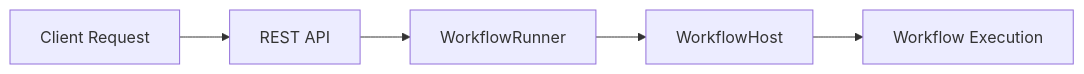
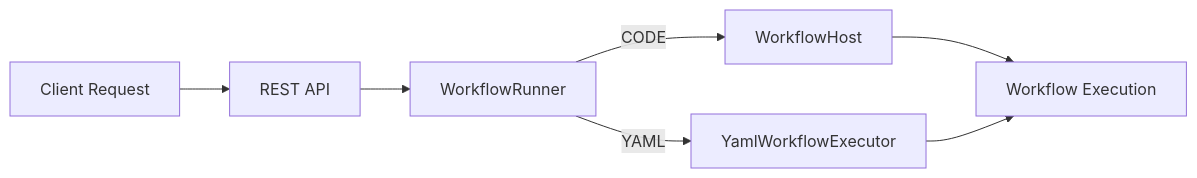
Before and after one commit to reactorynet/reactory-express-server: the fourth of 11 diagrams in src/modules/reactory-core/workflow/README.md, drawn with Mermaid. The commit also changed other lines of this file and 1 other file, not shown here.

Commit message:
refactor(workflow): update directory structure and enhance documentation for workflow components

````diff
--- a/src/modules/reactory-core/workflow/README.md
+++ b/src/modules/reactory-core/workflow/README.md
@@ -123,7 +453,9 @@
 ```mermaid
 graph LR
     Client[Client Request] --> API[REST API]
     API --> WR[WorkflowRunner]
-    WR --> WH[WorkflowHost]
+    WR -->|CODE| WH[WorkflowHost]
+    WR -->|YAML| YE[YamlWorkflowExecutor]
     WH --> EXEC[Workflow Execution]
+    YE --> EXEC
 ```
````
